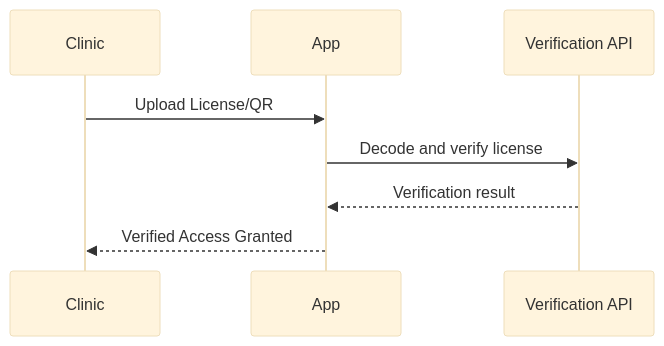
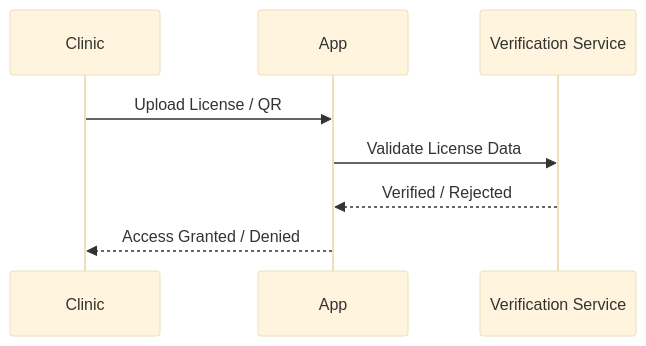
Before and after one commit to AppajiDheeraj/NetraAI: the first of 3 diagrams in README.md, drawn with Mermaid (base theme). The commit also changed other lines of this file, not shown here.

````diff
--- a/README.md
+++ b/README.md
@@ -163,11 +179,10 @@
 ```mermaid
 sequenceDiagram
     participant C as Clinic
     participant A as App
-    participant API as Verification API
-
-    C->>A: Upload License/QR
-    A->>API: Decode and verify license
-    API-->>A: Verification result
-    A-->>C: Verified Access Granted
+    participant API as Verification Service
+    C->>A: Upload License / QR
+    A->>API: Validate License Data
+    API-->>A: Verified / Rejected
+    A-->>C: Access Granted / Denied
 ```
````
